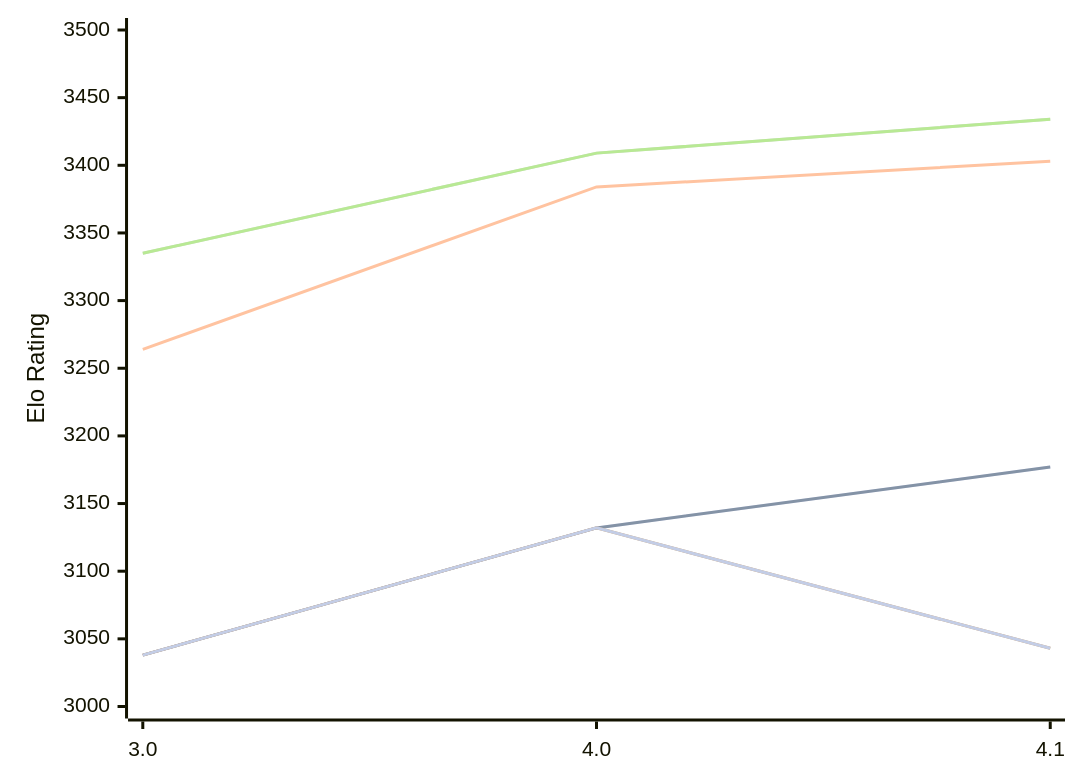
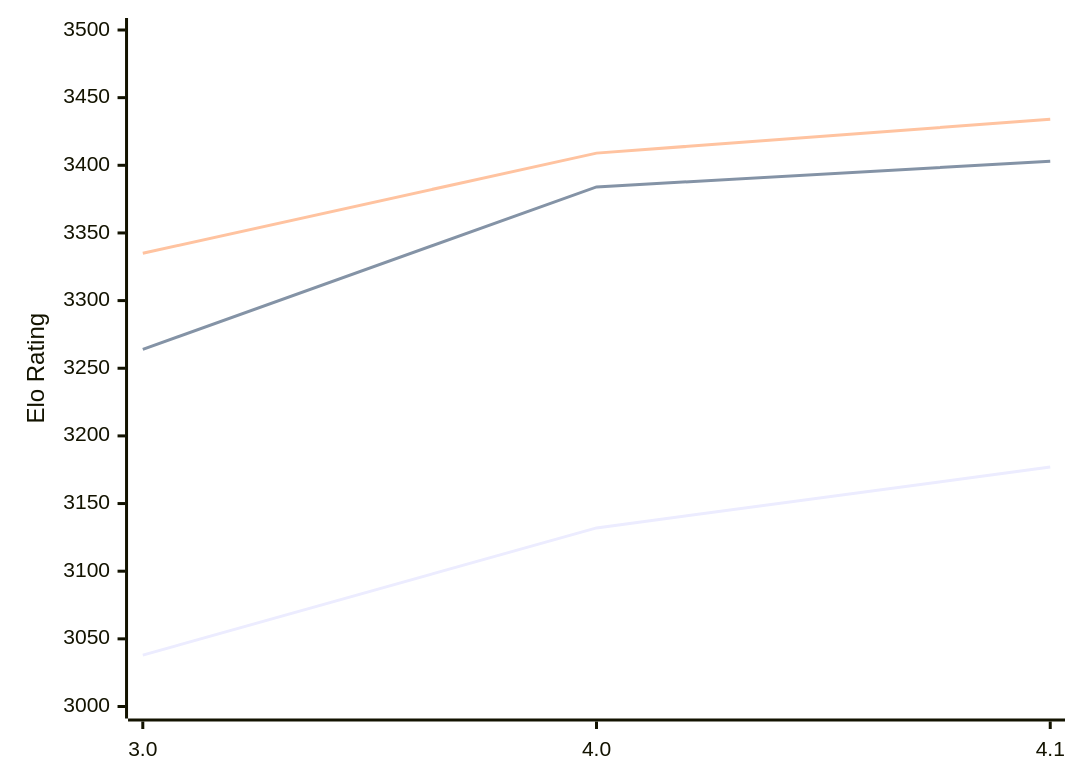
One commit to computer-chess-index/cci changed the diagram in engines/Eleanor.md. Above: the diagram before and after it, drawn with Mermaid. The commit also changed other lines of this file, not shown here.

````diff
--- a/engines/Eleanor.md
+++ b/engines/Eleanor.md
@@ -49,13 +49,9 @@
 ```mermaid
 %%{init: {"theme":"base","themeVariables":{"seriesColors:['#a3a3a3','#222221','#faa371']}}}%%
 xychart-beta
   x-axis ["3.0", "4.0", "4.1"]
   y-axis "Elo Rating" 3000 --> 3500
-  line "" [3038, 3132, 3177]
   line "T1: STC (8.0+0.08s)" [3038, 3132, 3177]
   line "T1: LTC (60.0+0.60s)" [3264, 3384, 3403]
-  line "" [3335, 3409, 3434]
   line "T1: VLTC (2m24s+1.12s)" [3335, 3409, 3434]
-  line "" [3038, 3132,3043]
-  line "E1: STC (8.0+0.08s)" [3038, 3132,3043]
 ```
````
